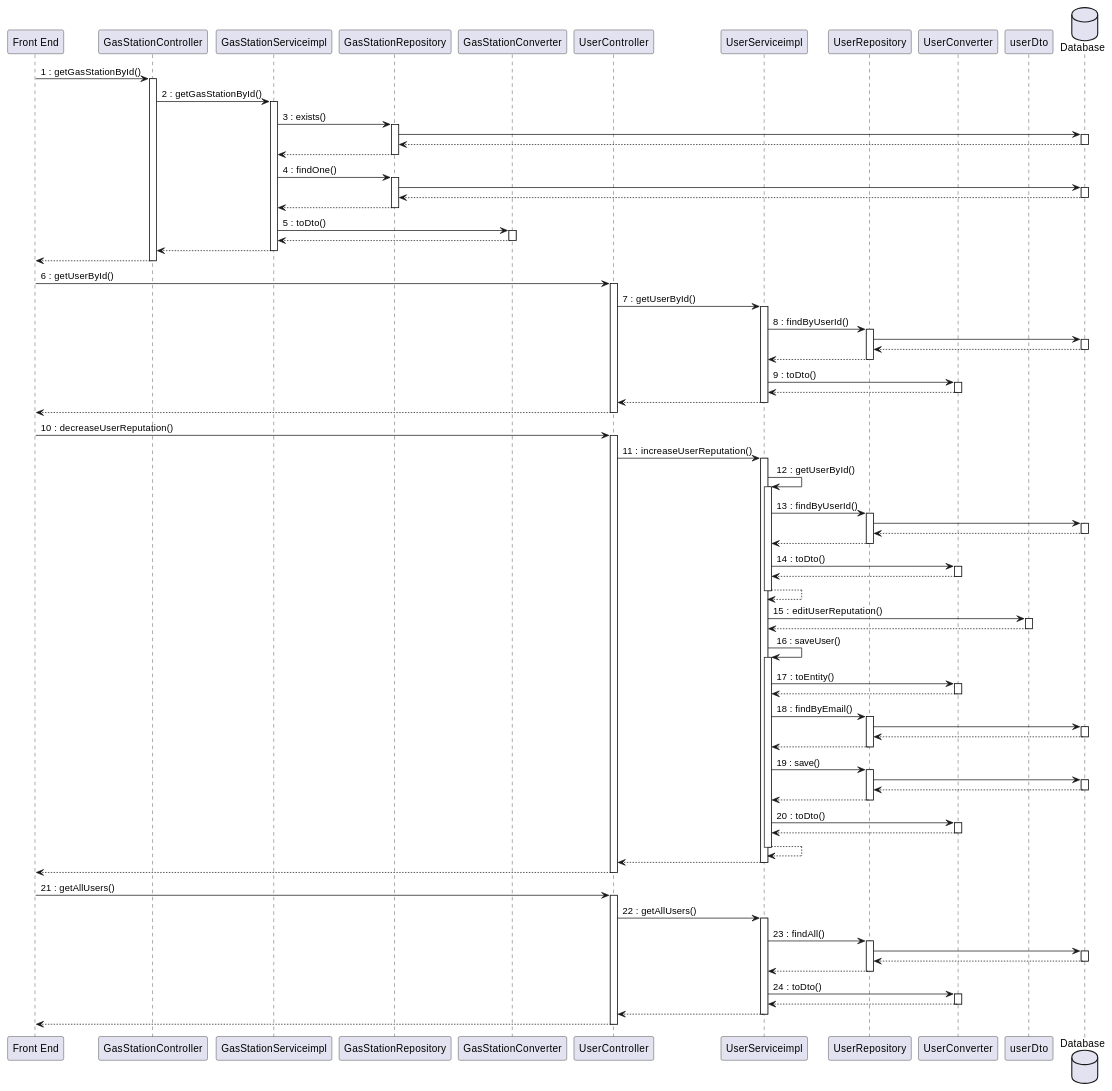
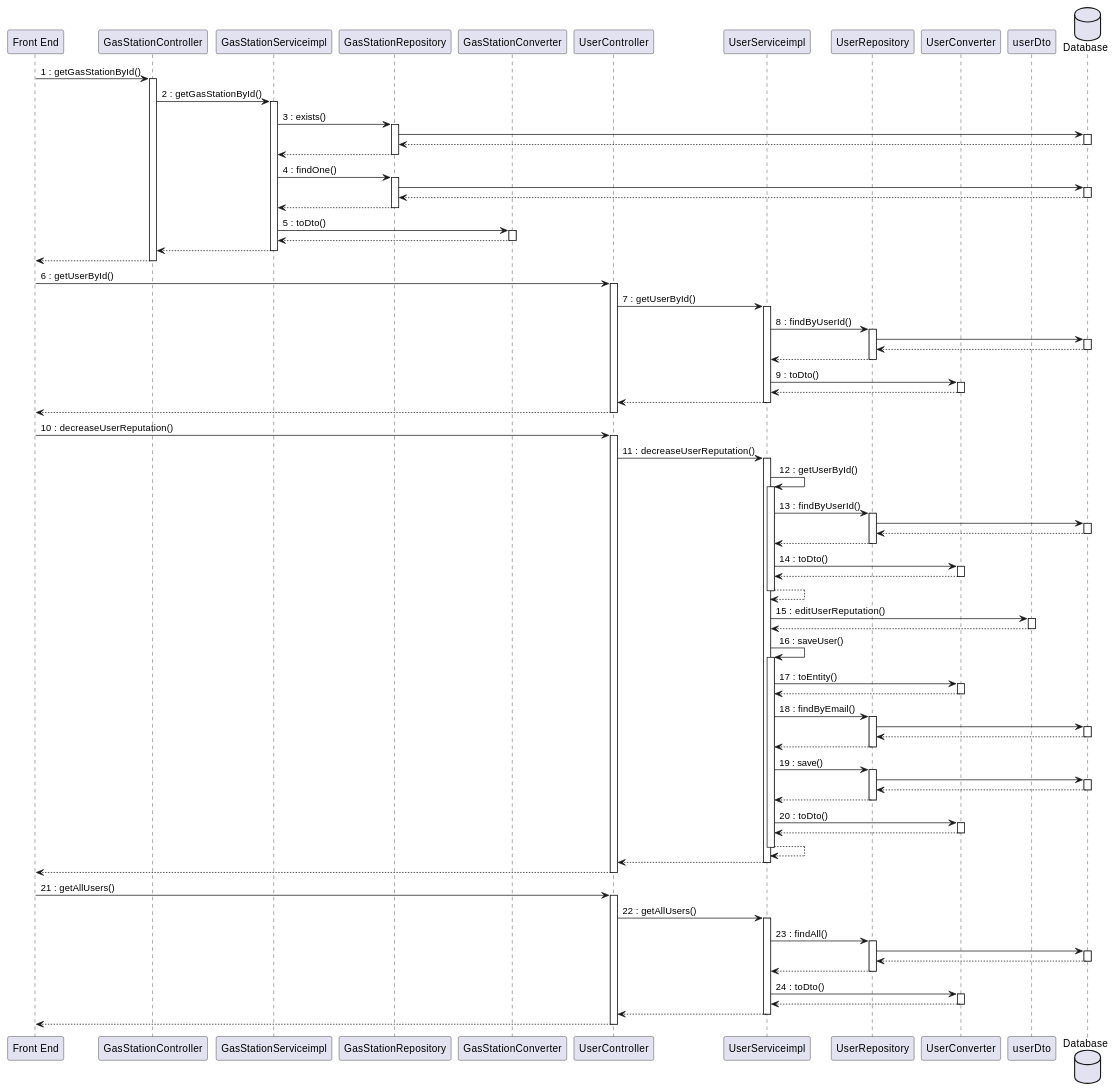
Diagram 15 of 15 in docs/DesignDocument.md (mosTavassoli/ezgas), drawn with PlantUML before and after one commit. The commit also changed other lines of this file, not shown here.

Commit message:
docs(DesignDocument): fix sequence diagram and traceability matrix

```diff
--- a/docs/DesignDocument.md
+++ b/docs/DesignDocument.md
@@ -1086,7 +1086,7 @@
 
 "Front End" -> UserController:10 : decreaseUserReputation()
 activate UserController
-UserController -> UserServiceimpl:11 : increaseUserReputation()
+UserController -> UserServiceimpl:11 : decreaseUserReputation()
 activate UserServiceimpl
 UserServiceimpl -> UserServiceimpl:12 : getUserById()
 activate UserServiceimpl
```
